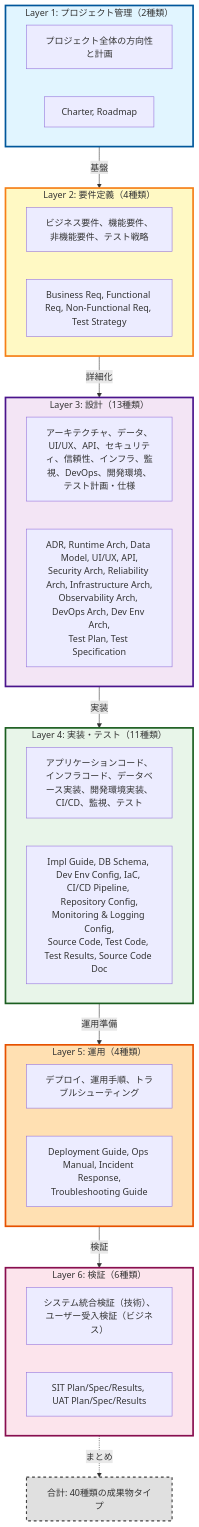
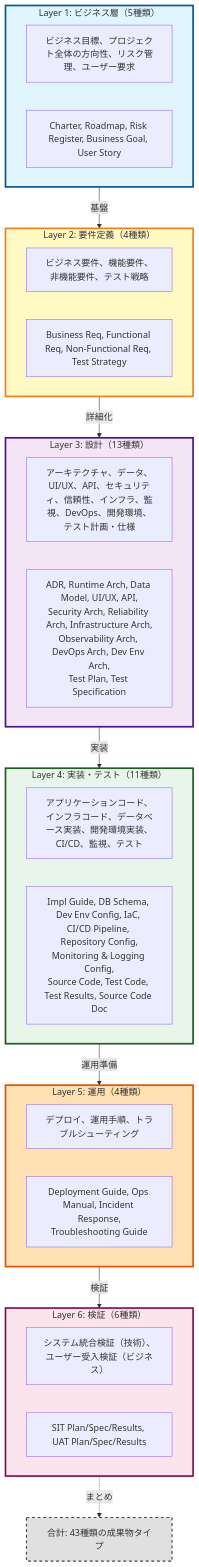
One commit to mahitotsu/ukiyoue changed the diagram in specs/artifact-overview.md. Above: the diagram before and after it, drawn with Mermaid. The commit also changed other lines of this file and 39 other files, not shown here.

````diff
--- a/specs/artifact-overview.md
+++ b/specs/artifact-overview.md
@@ -33,58 +33,58 @@
 ```mermaid
 graph TD
-    subgraph Layer1["Layer 1: プロジェクト管理（2種類）"]
-        L1_desc["プロジェクト全体の方向性と計画"]
-        L1_docs["Charter, Roadmap"]
+    subgraph Layer1["Layer 1: ビジネス層（5種類）"]
+        L1_desc["ビジネス目標、プロジェクト全体の方向性、リスク管理、ユーザー要求"]
+        L1_docs["Charter, Roadmap, Risk Register, Business Goal, User Story"]
     end
 
     subgraph Layer2["Layer 2: 要件定義（4種類）"]
         L2_desc["ビジネス要件、機能要件、非機能要件、テスト戦略"]
         L2_docs["Business Req, Functional Req, Non-Functional Req, Test Strategy"]
     end
 
     subgraph Layer3["Layer 3: 設計（13種類）"]
         L3_desc["アーキテクチャ、データ、UI/UX、API、セキュリティ、信頼性、インフラ、監視、DevOps、開発環境、テスト計画・仕様"]
         L3_docs["ADR, Runtime Arch, Data Model, UI/UX, API,<br/>Security Arch, Reliability Arch, Infrastructure Arch,<br/>Observability Arch, DevOps Arch, Dev Env Arch,<br/>Test Plan, Test Specification"]
     end
 
     subgraph Layer4["Layer 4: 実装・テスト（11種類）"]
         L4_desc["アプリケーションコード、インフラコード、データベース実装、開発環境実装、CI/CD、監視、テスト"]
         L4_docs["Impl Guide, DB Schema, Dev Env Config, IaC, CI/CD Pipeline, Repository Config,<br/>Monitoring & Logging Config,<br/>Source Code, Test Code, Test Results, Source Code Doc"]
     end
 
     subgraph Layer5["Layer 5: 運用（4種類）"]
         L5_desc["デプロイ、運用手順、トラブルシューティング"]
         L5_docs["Deployment Guide, Ops Manual, Incident Response,<br/>Troubleshooting Guide"]
     end
 
     subgraph Layer6["Layer 6: 検証（6種類）"]
         L6_desc["システム統合検証（技術）、ユーザー受入検証（ビジネス）"]
         L6_docs["SIT Plan/Spec/Results, UAT Plan/Spec/Results"]
     end
 
     Layer1 -->|"基盤"| Layer2
     Layer2 -->|"詳細化"| Layer3
     Layer3 -->|"実装"| Layer4
     Layer4 -->|"運用準備"| Layer5
     Layer5 -->|"検証"| Layer6
 
-    Total["合計: 40種類の成果物タイプ"]
+    Total["合計: 43種類の成果物タイプ"]
 
     Layer6 -.->|"まとめ"| Total
 
     classDef layer1Style fill:#e1f5ff,stroke:#01579b,stroke-width:3px
     classDef layer2Style fill:#fff9c4,stroke:#f57f17,stroke-width:3px
     classDef layer3Style fill:#f3e5f5,stroke:#4a148c,stroke-width:3px
     classDef layer4Style fill:#e8f5e9,stroke:#1b5e20,stroke-width:3px
     classDef layer5Style fill:#ffe0b2,stroke:#e65100,stroke-width:3px
     classDef layer6Style fill:#fce4ec,stroke:#880e4f,stroke-width:3px
     classDef totalStyle fill:#e0e0e0,stroke:#424242,stroke-width:2px,stroke-dasharray: 5 5
 
     class Layer1 layer1Style
     class Layer2 layer2Style
     class Layer3 layer3Style
     class Layer4 layer4Style
     class Layer5 layer5Style
     class Layer6 layer6Style
     class Total totalStyle
 ```
````
